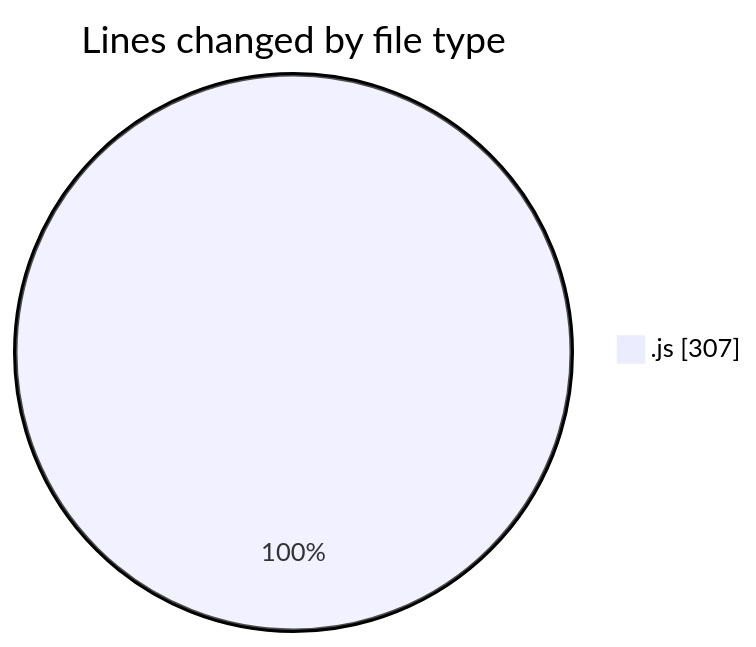
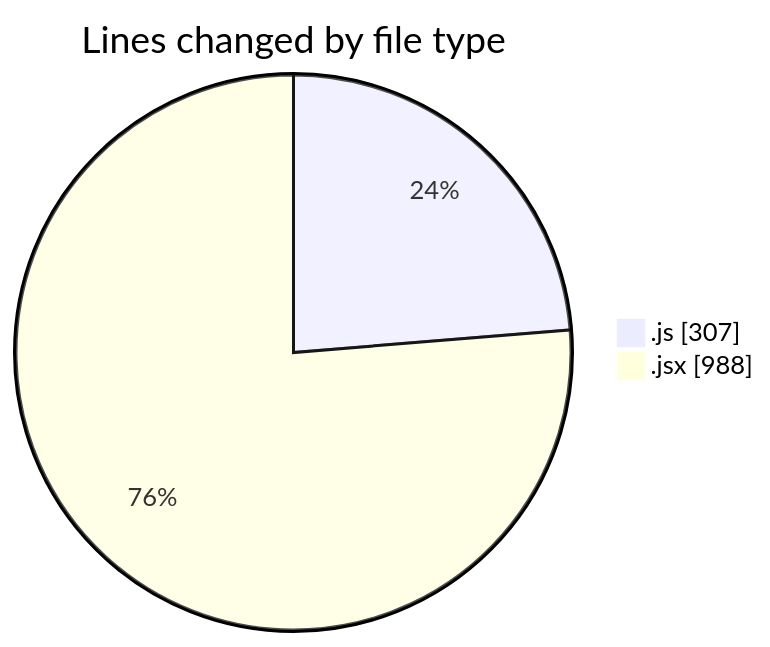
The first of 2 diagrams in 2025-11-12/argos/README.md (nxtqubesakshisongat/code-tracking), drawn with Mermaid before and after one commit. The commit also changed other lines of this file and 1 other file, not shown here.

````diff
--- a/2025-11-12/argos/README.md
+++ b/2025-11-12/argos/README.md
@@ -21,5 +22,6 @@
 ```mermaid
 pie showData
 title Lines changed by file type
 ".js" : 307
+".jsx" : 988
 ```
````
